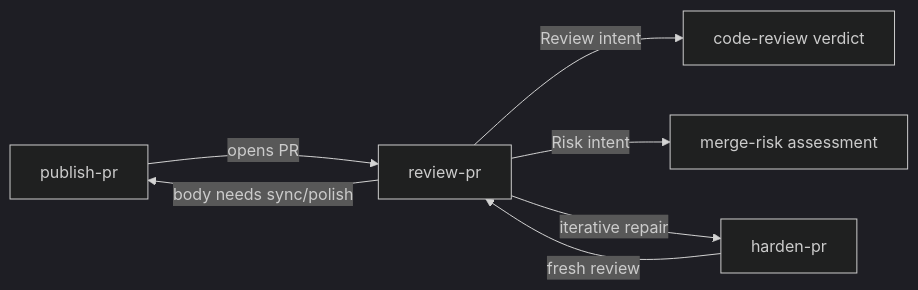
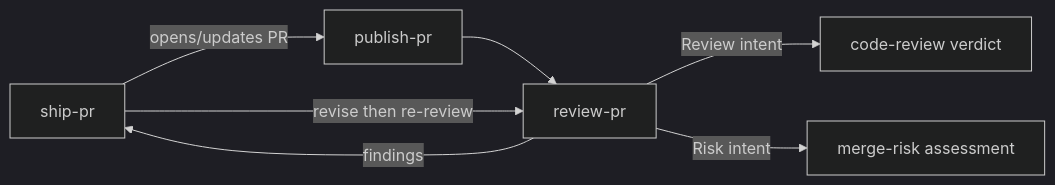
Before and after one commit to pnewsam/skills: the third of 3 diagrams in README.md, drawn with Mermaid (dark theme). The commit also changed other lines of this file and 14 other files, not shown here.

````diff
--- a/README.md
+++ b/README.md
@@ -154,9 +154,9 @@
 ```mermaid
 flowchart LR
-    PUB[publish-pr] -->|opens PR| RP[review-pr]
+    SPR[ship-pr] -->|opens/updates PR| PUB[publish-pr]
+    PUB --> RP[review-pr]
     RP -->|Review intent| CR[code-review verdict]
     RP -->|Risk intent| RA[merge-risk assessment]
-    RP -->|iterative repair| HP[harden-pr]
-    HP -->|fresh review| RP
-    RP -->|body needs sync/polish| PUB
+    RP -->|findings| SPR
+    SPR -->|revise then re-review| RP
 ```
````
